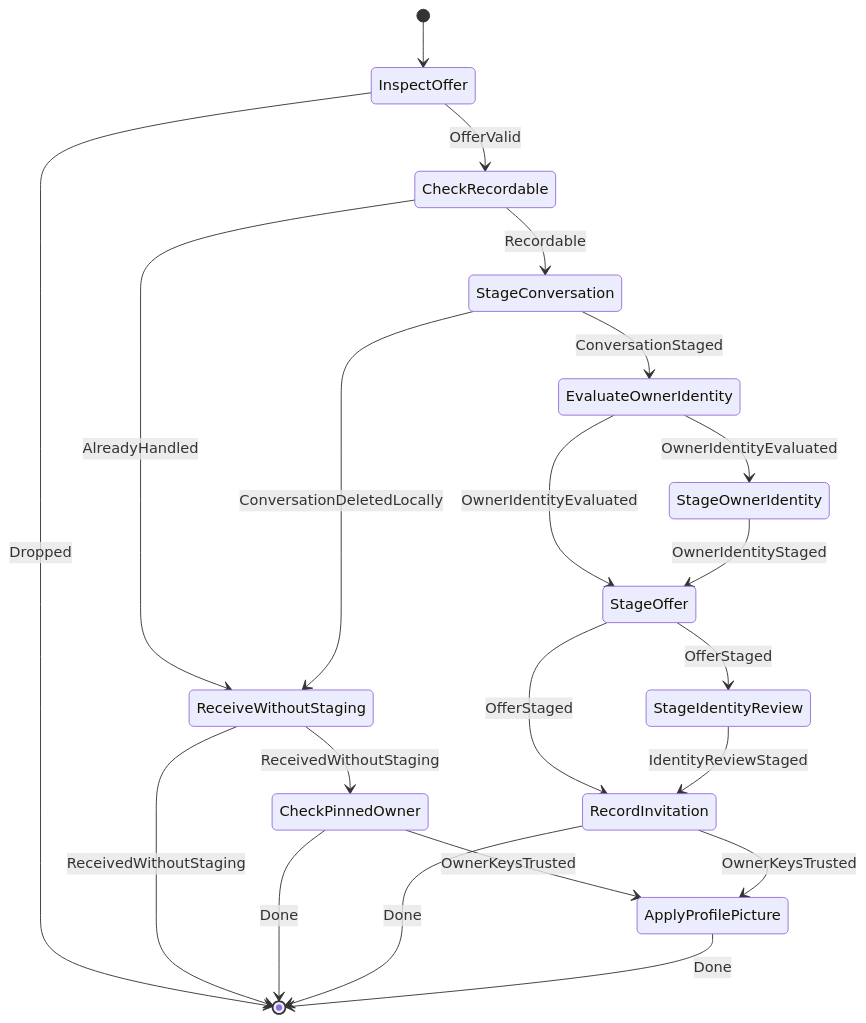
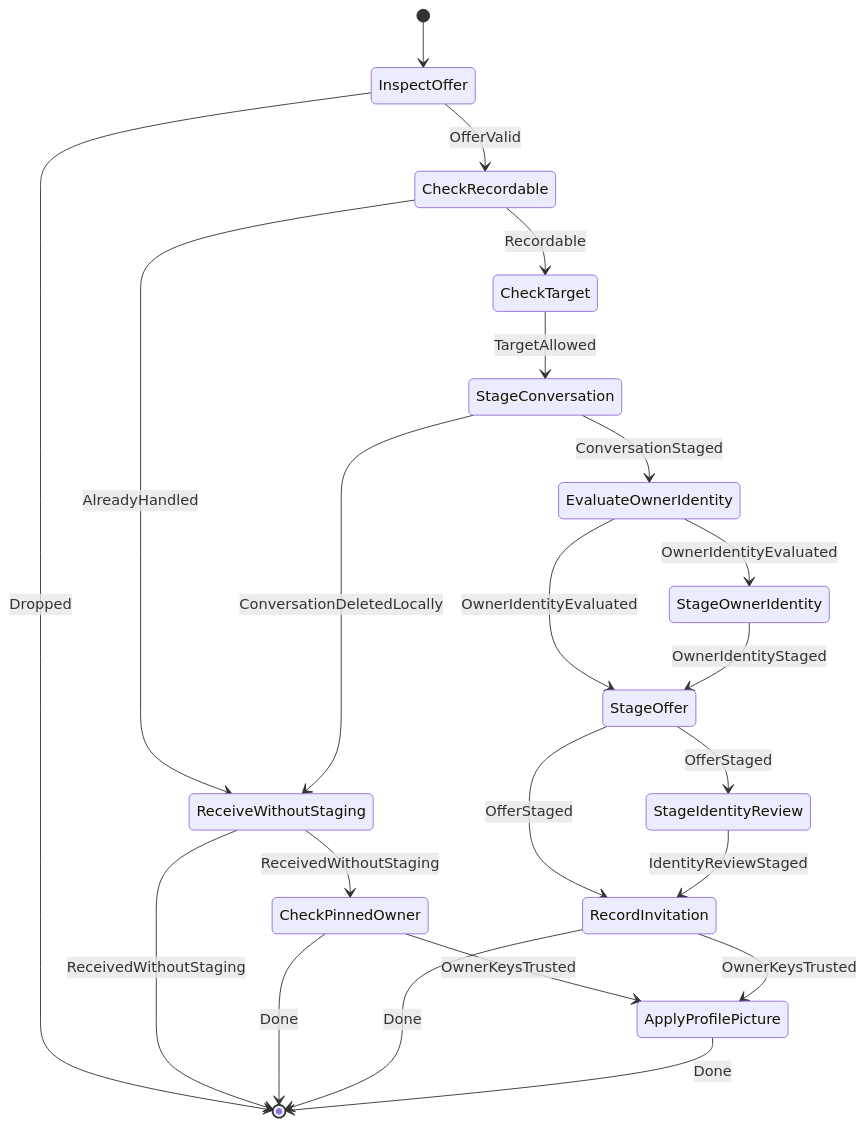
Before and after one commit to cbgm/Sparrow: diagram 15 of 31 in docs/architecture/workflows/incoming.md, drawn with Mermaid. The commit also changed other lines of this file and 193 other files, not shown here.

````diff
--- a/docs/architecture/workflows/incoming.md
+++ b/docs/architecture/workflows/incoming.md
@@ -410,23 +411,24 @@
 ```mermaid
 stateDiagram-v2
     [*] --> InspectOffer
     InspectOffer --> [*] : Dropped
     InspectOffer --> CheckRecordable : OfferValid
     CheckRecordable --> ReceiveWithoutStaging : AlreadyHandled
-    CheckRecordable --> StageConversation : Recordable
+    CheckRecordable --> CheckTarget : Recordable
     ReceiveWithoutStaging --> CheckPinnedOwner : ReceivedWithoutStaging
     ReceiveWithoutStaging --> [*] : ReceivedWithoutStaging
     CheckPinnedOwner --> [*] : Done
     CheckPinnedOwner --> ApplyProfilePicture : OwnerKeysTrusted
+    CheckTarget --> StageConversation : TargetAllowed
     StageConversation --> ReceiveWithoutStaging : ConversationDeletedLocally
     StageConversation --> EvaluateOwnerIdentity : ConversationStaged
     EvaluateOwnerIdentity --> StageOffer : OwnerIdentityEvaluated
     EvaluateOwnerIdentity --> StageOwnerIdentity : OwnerIdentityEvaluated
     StageOwnerIdentity --> StageOffer : OwnerIdentityStaged
     StageOffer --> RecordInvitation : OfferStaged
     StageOffer --> StageIdentityReview : OfferStaged
     StageIdentityReview --> RecordInvitation : IdentityReviewStaged
     RecordInvitation --> [*] : Done
     RecordInvitation --> ApplyProfilePicture : OwnerKeysTrusted
     ApplyProfilePicture --> [*] : Done
 ```
````
